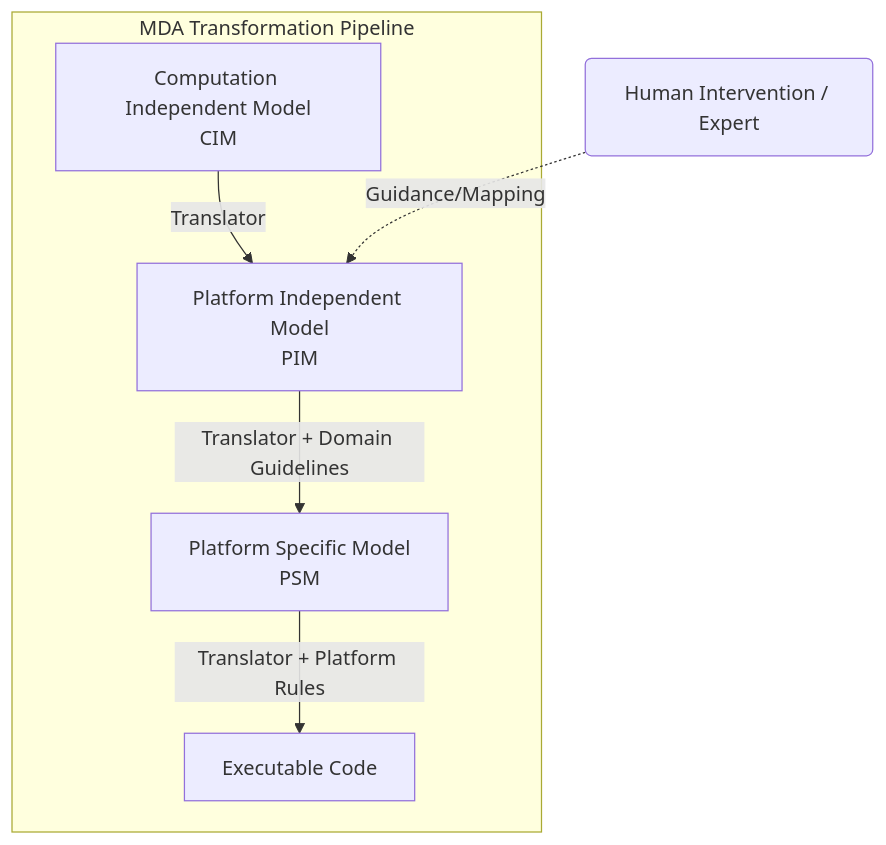
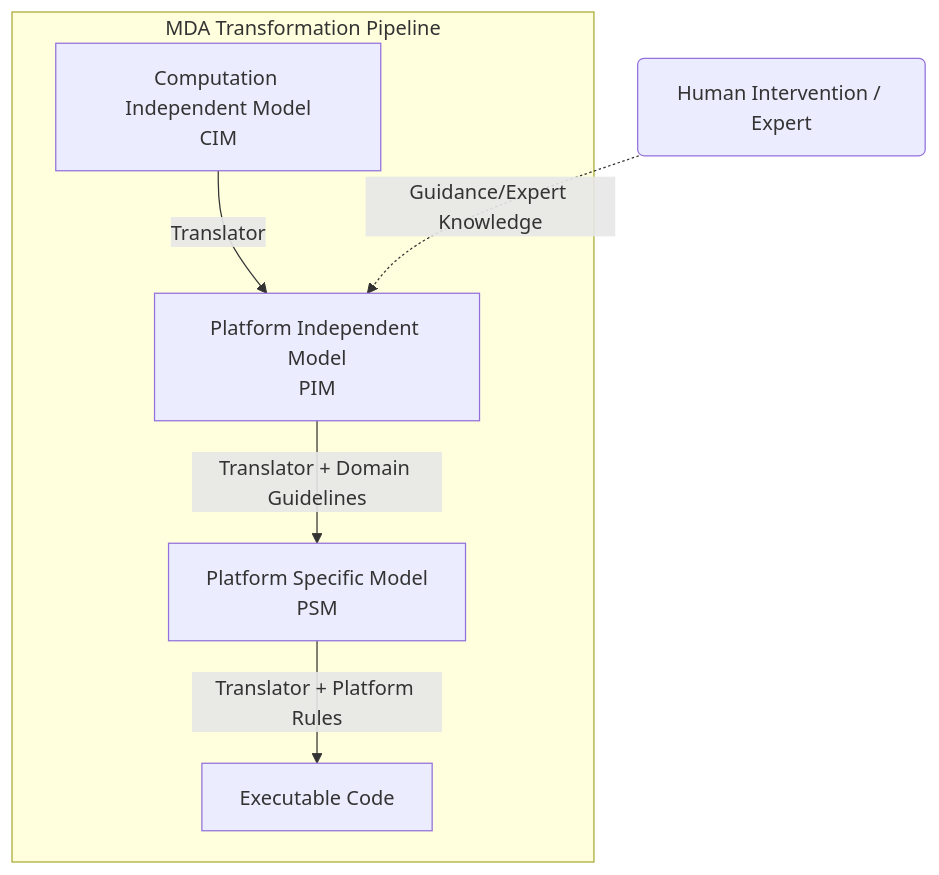
Before and after one commit to sujith-eag/sujith-library: the fourth of 4 diagrams in docs/mca/se/unit_21/5_behavioral_models_mde.md, drawn with Mermaid. The commit also changed other lines of this file and 12 other files, not shown here.

````diff
--- a/docs/mca/se/unit_21/5_behavioral_models_mde.md
+++ b/docs/mca/se/unit_21/5_behavioral_models_mde.md
@@ -212,12 +231,12 @@
 ```mermaid
 flowchart TD
     Human(Human Intervention / Expert)
     
     subgraph MDA_Pipeline [MDA Transformation Pipeline]
         CIM[Computation Independent Model<br>CIM] -->|Translator| PIM[Platform Independent Model<br>PIM]
         PIM -->|Translator + Domain Guidelines| PSM[Platform Specific Model<br>PSM]
         PSM -->|Translator + Platform Rules| Code[Executable Code]
     end
 
-    Human -.->|Guidance/Mapping| PIM
+    Human -.->|Guidance/Expert Knowledge| PIM
 ```
````
